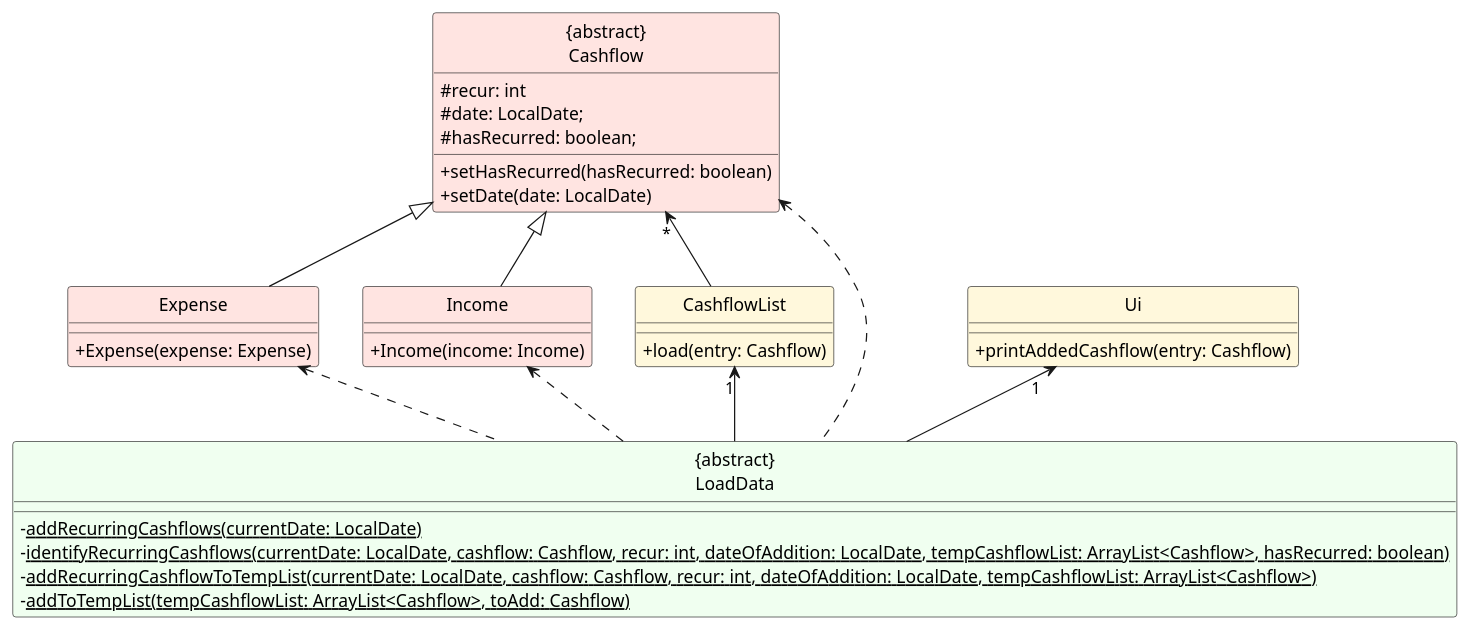
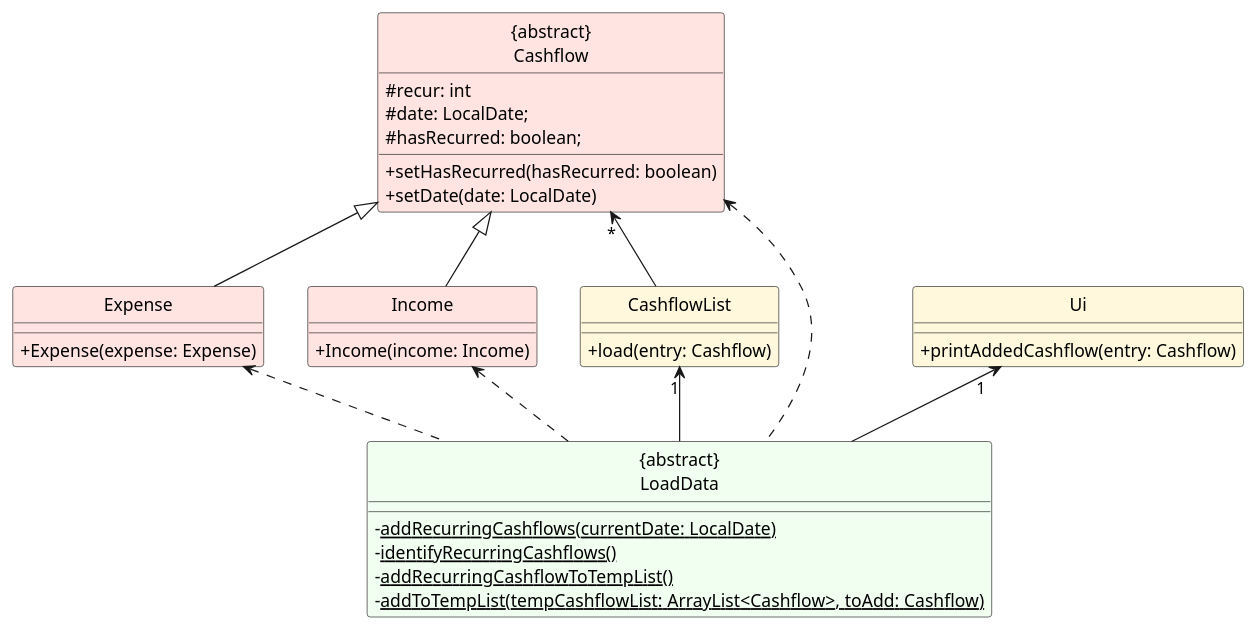
Before and after one commit to nus-cs2113-AY2324S1/tp: the diagram in docs/diagrams/cashflow/RecurClassDiagram.puml, drawn with PlantUML. The commit also changed 3 other files, not shown here.

Commit message:
Remove long method parameters in recur sequence and class diagrams

```diff
--- a/docs/diagrams/cashflow/RecurClassDiagram.puml
+++ b/docs/diagrams/cashflow/RecurClassDiagram.puml
@@ -1,46 +1,46 @@
 @startuml
 'https://plantuml.com/class-diagram
 skinparam classFontColor automatic
 
 Class "{abstract}\nLoadData" as LoadData #HoneyDew {
     -<u>addRecurringCashflows(currentDate: LocalDate)
-    -<u>identifyRecurringCashflows(currentDate: LocalDate, cashflow: Cashflow, recur: int, dateOfAddition: LocalDate, tempCashflowList: ArrayList<Cashflow>, hasRecurred: boolean)
-    -<u>addRecurringCashflowToTempList(currentDate: LocalDate, cashflow: Cashflow, recur: int, dateOfAddition: LocalDate, tempCashflowList: ArrayList<Cashflow>)
+    -<u>identifyRecurringCashflows()
+    -<u>addRecurringCashflowToTempList()
     -<u>addToTempList(tempCashflowList: ArrayList<Cashflow>, toAdd: Cashflow)
 
 }
 
 Class "{abstract}\nCashflow" as Cashflow #MistyRose {
     #recur: int
     #date: LocalDate;
     #hasRecurred: boolean;
     +setHasRecurred(hasRecurred: boolean)
     +setDate(date: LocalDate)
 }
 
 Class Expense #MistyRose extends Cashflow{
     +Expense(expense: Expense)
 }
 
 Class Income #MistyRose extends Cashflow{
     +Income(income: Income)
 }
 
 Class Ui  #Cornsilk {
     +printAddedCashflow(entry: Cashflow)
 }
 
 Class CashflowList #Cornsilk {
     +load(entry: Cashflow)
 }
 
 LoadData -up-> "1" CashflowList
 LoadData -up-> "1" Ui
 LoadData .up.> Income
 LoadData .up.> Expense
 LoadData .up.> Cashflow
 CashflowList -up-> "*" Cashflow
 
 hide Circle
 skinparam classAttributeIconSize 0
 @enduml
```
